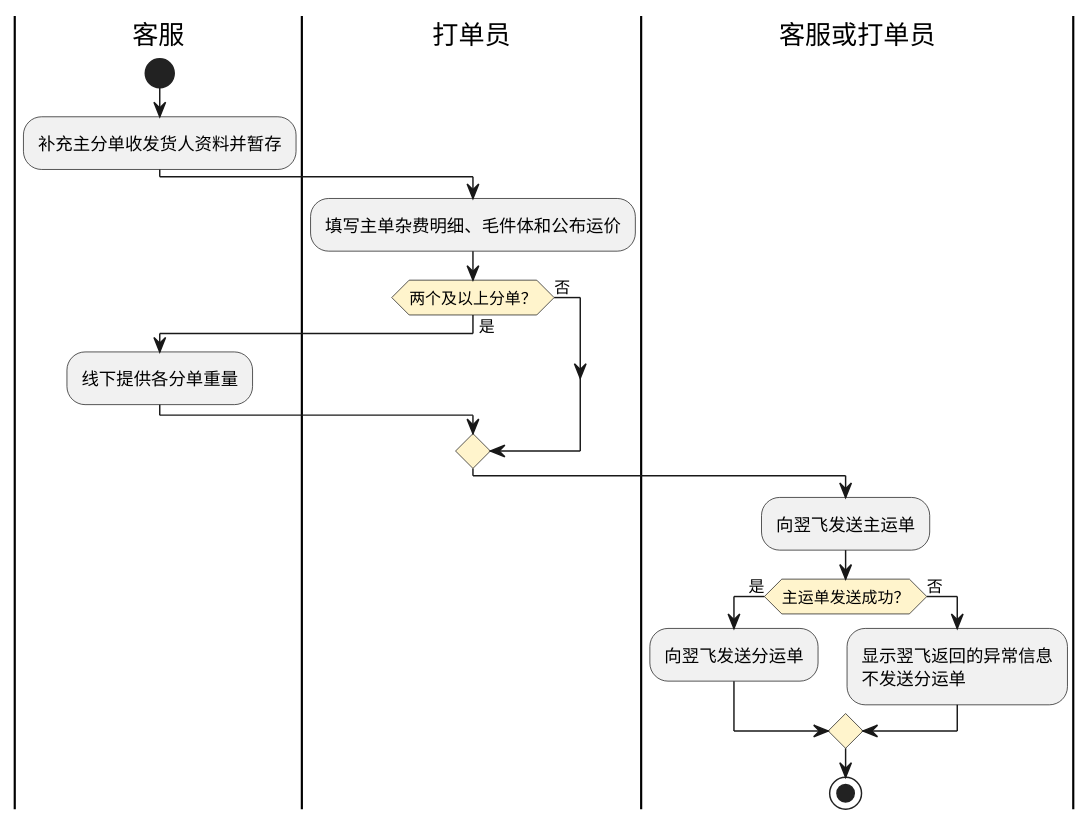
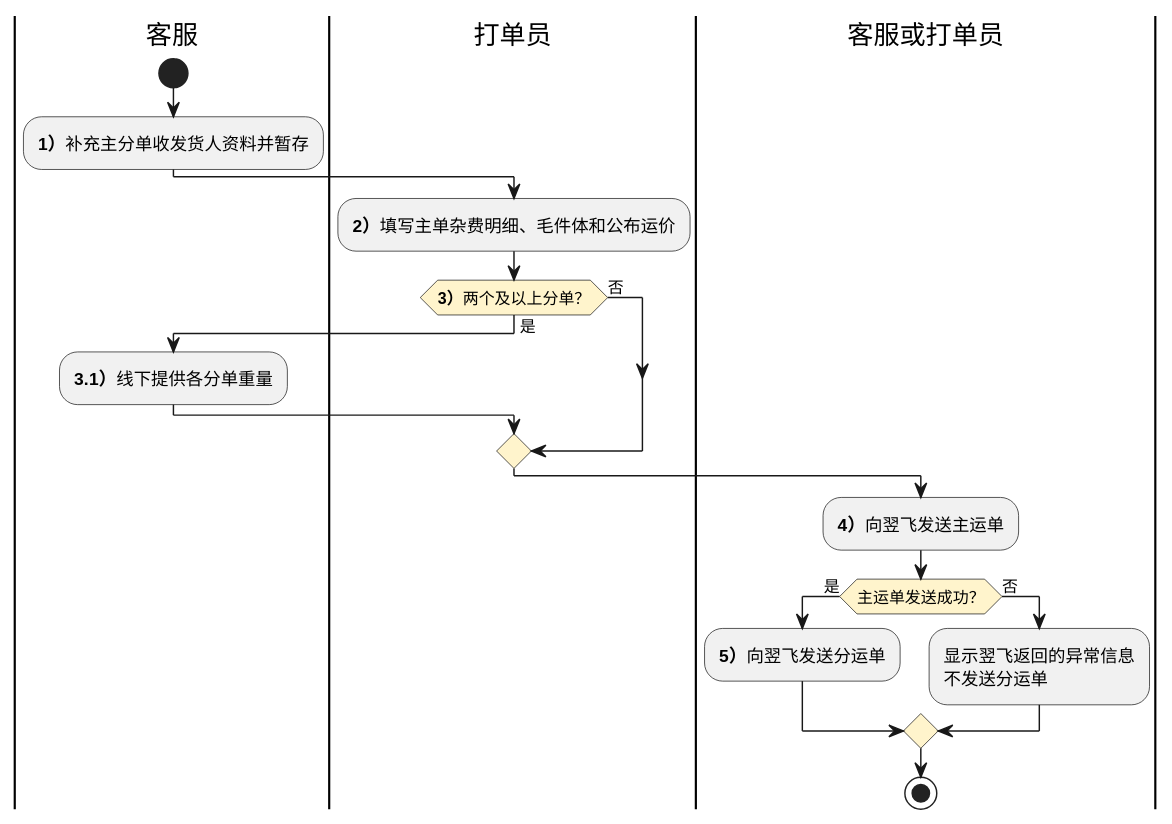
One commit to jack888332/projects-doc changed the third of 4 diagrams in product-caliber/goldjet/segmented-prd/PRD.高捷物流系统一期.第011篇.空运提单与航司推送.ED54E43A14.md. Above: the diagram before and after it, drawn with PlantUML. The commit also changed other lines of this file and 24 other files, not shown here.

````diff
--- a/product-caliber/goldjet/segmented-prd/PRD.高捷物流系统一期.第011篇.空运提单与航司推送.ED54E43A14.md
+++ b/product-caliber/goldjet/segmented-prd/PRD.高捷物流系统一期.第011篇.空运提单与航司推送.ED54E43A14.md
@@ -446,23 +444,23 @@
 ```plantuml
 @startuml goldjet-011-airline-waybill-send
 skinparam activityDiamondBackgroundColor #FFF4CC
 |客服|
 start
-:补充主分单收发货人资料并暂存;
+:**1）**补充主分单收发货人资料并暂存;
 |打单员|
-:填写主单杂费明细、毛件体和公布运价;
-if (两个及以上分单？) then (是)
+:**2）**填写主单杂费明细、毛件体和公布运价;
+if (**3）**两个及以上分单？) then (是)
   |客服|
-  :线下提供各分单重量;
+  :**3.1）**线下提供各分单重量;
 else (否)
 endif
 |客服或打单员|
-:向翌飞发送主运单;
+:**4）**向翌飞发送主运单;
 if (主运单发送成功？) then (是)
-  :向翌飞发送分运单;
+  :**5）**向翌飞发送分运单;
 else (否)
   :显示翌飞返回的异常信息\n不发送分运单;
 endif
 stop
 @enduml
 ```
````
